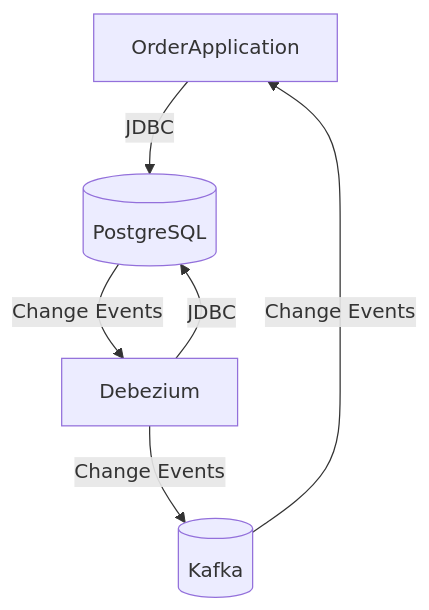
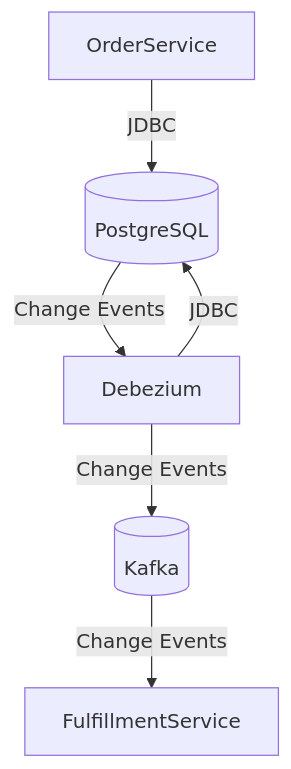
Before and after one commit to omergk28/spring-poc-postgres-debezium: the diagram in README.md, drawn with Mermaid. The commit also changed other lines of this file and 9 other files, not shown here.

Commit message:
create order service, request, repository, response, and http test, fix flyway

````diff
--- a/README.md
+++ b/README.md
@@ -6,8 +6,8 @@
 ```mermaid
 graph TD
-    A[OrderApplication] -->|JDBC| B[(PostgreSQL)]
+    A[OrderService] -->|JDBC| B[(PostgreSQL)]
     C[Debezium] -->|JDBC| B[(PostgreSQL)]
     B[(PostgreSQL)] -->|Change Events| C[Debezium]
     C[Debezium] -->|Change Events| D[(Kafka)]
-    D[(Kafka)] -->|Change Events| A[OrderApplication]
+    D[(Kafka)] -->|Change Events| E[FulfillmentService]
 ```
````
